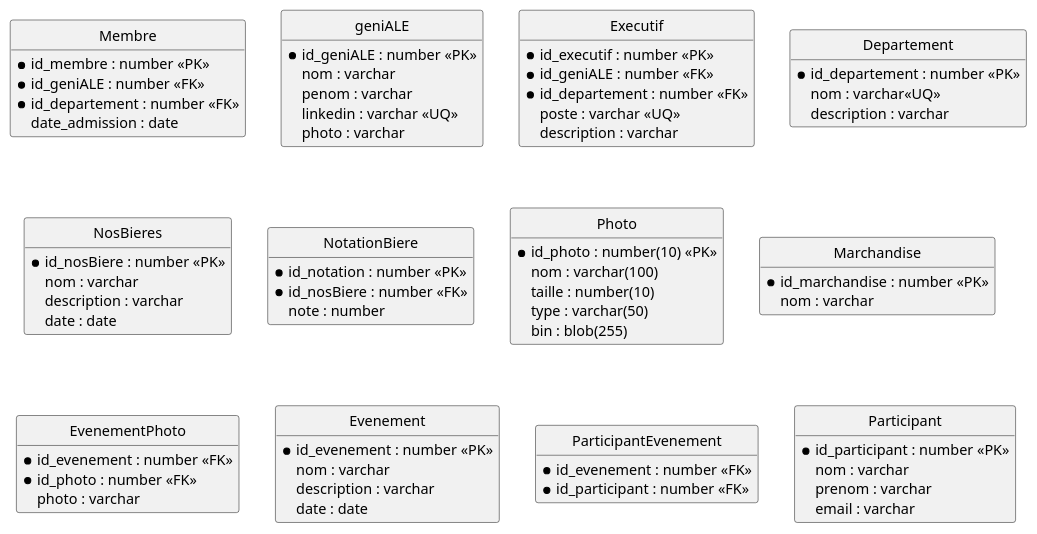
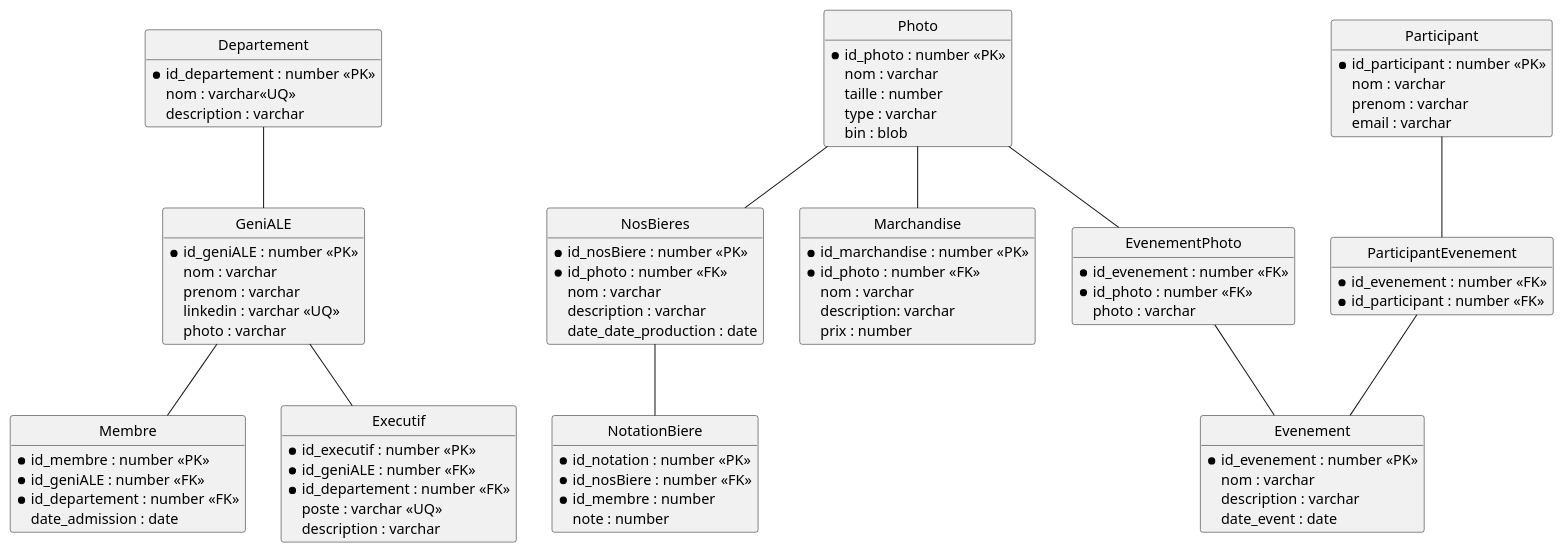
The diagram in doc/MLD-DataBase.puml (GeniALE/ApiGeniALE), drawn with PlantUML before and after one commit. The commit also changed 1 other file, not shown here.

```diff
--- a/doc/MLD-DataBase.puml
+++ b/doc/MLD-DataBase.puml
@@ -1,92 +1,104 @@
 @startuml MLD-DataBase
 skinparam style strictuml
 skinparam packageStyle rect
 skinparam defaultfontname xkcd Script
 hide empty members
 
 entity Membre{
     * id_membre : number <<PK>>
     * id_geniALE : number <<FK>>
     * id_departement : number <<FK>>
     date_admission : date
 }
 
-entity geniALE{
+entity GeniALE{
     * id_geniALE : number <<PK>>
     nom : varchar
-    penom : varchar
+    prenom : varchar
     linkedin : varchar <<UQ>>
     photo : varchar
 }
 
 entity Executif{
     * id_executif : number <<PK>>
     * id_geniALE : number <<FK>>
     * id_departement : number <<FK>>
     poste : varchar <<UQ>>
     description : varchar  
 }
 entity Departement{
     * id_departement : number <<PK>>
     nom : varchar<<UQ>>
     description : varchar
 }
 entity NosBieres{
     * id_nosBiere : number <<PK>>
+    * id_photo : number <<FK>>
     nom : varchar
     description : varchar
-    date : date 
+    date_date_production : date 
 }
 
 entity NotationBiere{
     * id_notation : number <<PK>>
     * id_nosBiere : number <<FK>>
+    * id_membre : number
     note : number 
 }
 
 entity Photo{
-    * id_photo : number(10) <<PK>>
-    nom : varchar(100)
-    taille : number(10)
-    type : varchar(50)
-    bin : blob(255)
+    * id_photo : number <<PK>>
+    nom : varchar
+    taille : number
+    type : varchar
+    bin : blob
 }
 
 entity Marchandise{
     * id_marchandise : number <<PK>>
+    * id_photo : number <<FK>>
     nom : varchar
-    
+    description: varchar
+    prix : number    
 }
 
 entity EvenementPhoto{
     * id_evenement : number <<FK>>
     * id_photo : number <<FK>>
     photo : varchar
 }
 
 entity Evenement{
     * id_evenement : number <<PK>>
     nom : varchar
     description : varchar
-    date : date
+    date_event : date
 }
 
 entity ParticipantEvenement{
     * id_evenement : number <<FK>>
     * id_participant : number <<FK>>
 }
 
 entity Participant{
     * id_participant : number <<PK>>
     nom : varchar
     prenom : varchar
     email : varchar
 }
 
 
+GeniALE -- Membre 
+GeniALE -- Executif
+Departement -- GeniALE
 
 
+Participant -- ParticipantEvenement
+ParticipantEvenement -- Evenement
+EvenementPhoto -- Evenement
+Photo -- EvenementPhoto
+Photo -- NosBieres
+Photo -- Marchandise
 
-
-
+NosBieres -- NotationBiere
 @enduml
```
